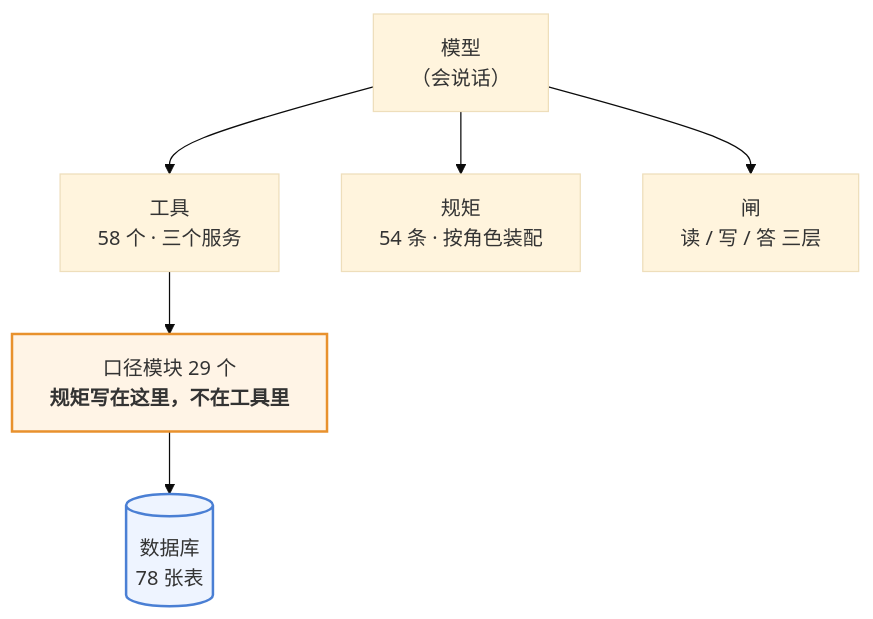
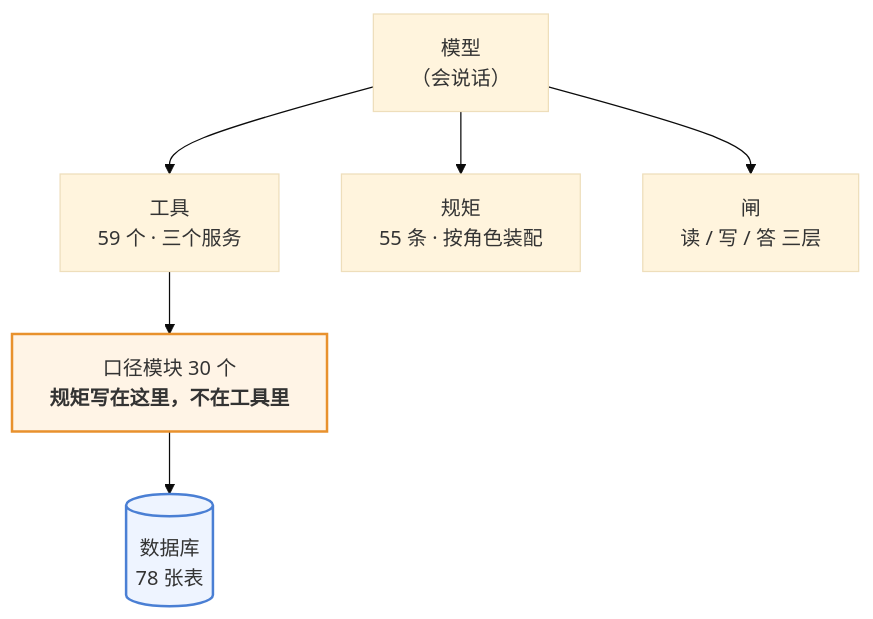
The first of 3 diagrams in 澜绣云裳agent-产品说明.md (843773296-rgb/lanxiu-yunshang-agent), drawn with Mermaid (base theme) before and after one commit. The commit also changed other lines of this file and 16 other files, not shown here.

````diff
--- a/澜绣云裳agent-产品说明.md
+++ b/澜绣云裳agent-产品说明.md
@@ -62,12 +62,12 @@
 ```mermaid
 flowchart TD
     M["模型<br/>（会说话）"]
-    M --> T["工具<br/>58 个 · 三个服务"]
-    M --> R["规矩<br/>54 条 · 按角色装配"]
+    M --> T["工具<br/>59 个 · 三个服务"]
+    M --> R["规矩<br/>55 条 · 按角色装配"]
     M --> G["闸<br/>读 / 写 / 答 三层"]
-    T --> K["口径模块 29 个<br/><b>规矩写在这里，不在工具里</b>"]
+    T --> K["口径模块 30 个<br/><b>规矩写在这里，不在工具里</b>"]
     K --> DB[("数据库<br/>78 张表")]
 
     style K fill:#fff4e6,stroke:#e8912d,stroke-width:2px
     style DB fill:#eef4ff,stroke:#4a7fd4,stroke-width:2px
 ```
````
